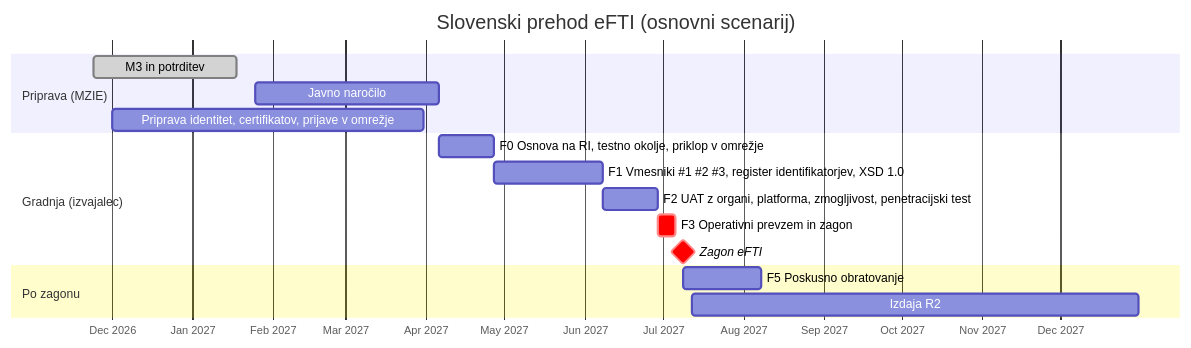
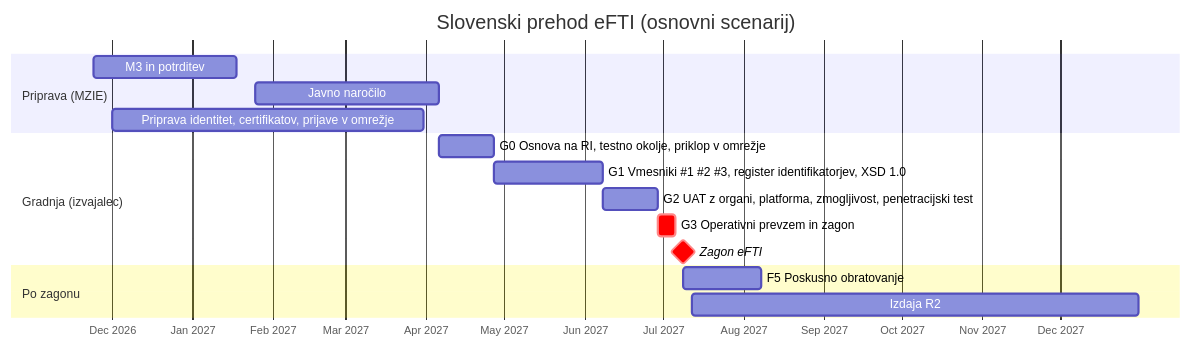
The diagram in docs/ts/10-casovni-nacrt-implementacije.md (UM-KGPI/eFTI-Gate-SI), drawn with Mermaid before and after one commit. The commit also changed other lines of this file and 13 other files, not shown here.

````diff
--- a/docs/ts/10-casovni-nacrt-implementacije.md
+++ b/docs/ts/10-casovni-nacrt-implementacije.md
@@ -68,19 +70,19 @@
 ```mermaid
 gantt
     title Slovenski prehod eFTI (osnovni scenarij)
     dateFormat  YYYY-MM-DD
     axisFormat  %b %Y
     section Priprava (MZIE)
-    M3 in potrditev               :done, m3, 2026-11-24, 2027-01-18
+    M3 in potrditev               :m3, 2026-11-24, 2027-01-18
     Javno naročilo                :jn, 2027-01-25, 2027-04-06
     Priprava identitet, certifikatov, prijave v omrežje :prep, 2026-12-01, 2027-03-31
     section Gradnja (izvajalec)
-    F0 Osnova na RI, testno okolje, priklop v omrežje :f0, 2027-04-06, 3w
-    F1 Vmesniki #1 #2 #3, register identifikatorjev, XSD 1.0 :f1, after f0, 6w
-    F2 UAT z organi, platforma, zmogljivost, penetracijski test :f2, after f1, 3w
-    F3 Operativni prevzem in zagon :crit, f3, after f2, 1w
+    G0 Osnova na RI, testno okolje, priklop v omrežje :f0, 2027-04-06, 3w
+    G1 Vmesniki #1 #2 #3, register identifikatorjev, XSD 1.0 :f1, after f0, 6w
+    G2 UAT z organi, platforma, zmogljivost, penetracijski test :f2, after f1, 3w
+    G3 Operativni prevzem in zagon :crit, f3, after f2, 1w
     Zagon eFTI                    :milestone, crit, 2027-07-09, 0d
     section Po zagonu
     F5 Poskusno obratovanje        :f5, 2027-07-09, 30d
     Izdaja R2                      :r2, 2027-07-12, 2027-12-31
 ```
````
